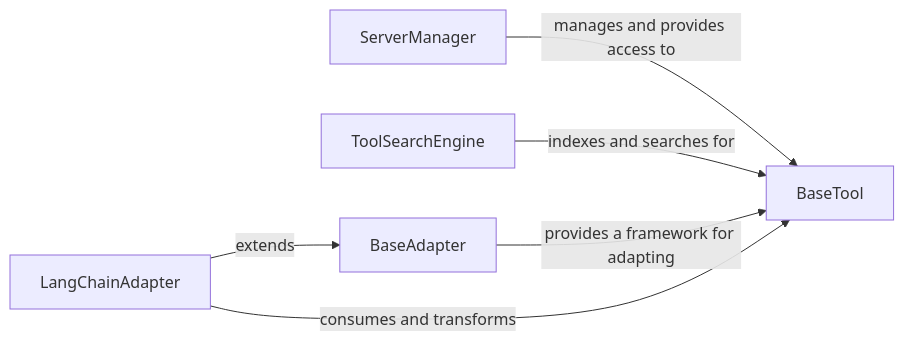
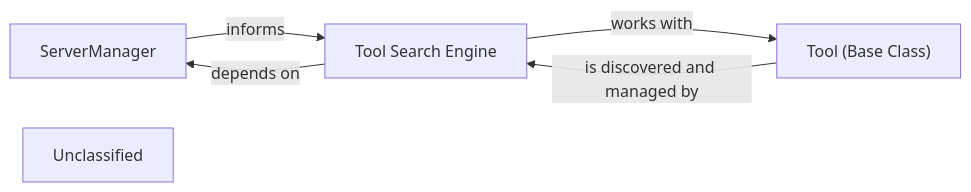
Before and after one commit to mcp-use/mcp-use: the seventh of 8 diagrams in docs/development/architecture.mdx, drawn with Mermaid. The commit also changed other lines of this file and 29 other files, not shown here.

First line of the commit message:
docs: update codeboarding documentation and generate architecture

````diff
--- a/docs/development/architecture.mdx
+++ b/docs/development/architecture.mdx
@@ -364,13 +444,11 @@
 ```mermaid
 graph LR
-    BaseTool["BaseTool"]
     ServerManager["ServerManager"]
-    ToolSearchEngine["ToolSearchEngine"]
-    BaseAdapter["BaseAdapter"]
-    LangChainAdapter["LangChainAdapter"]
-    ServerManager -- "manages and provides access to" --> BaseTool
-    ToolSearchEngine -- "indexes and searches for" --> BaseTool
-    BaseAdapter -- "provides a framework for adapting" --> BaseTool
-    LangChainAdapter -- "extends" --> BaseAdapter
-    LangChainAdapter -- "consumes and transforms" --> BaseTool
+    Tool_Search_Engine["Tool Search Engine"]
+    Tool_Base_Class_["Tool (Base Class)"]
+    Unclassified["Unclassified"]
+    ServerManager -- "informs" --> Tool_Search_Engine
+    Tool_Search_Engine -- "depends on" --> ServerManager
+    Tool_Search_Engine -- "works with" --> Tool_Base_Class_
+    Tool_Base_Class_ -- "is discovered and managed by" --> Tool_Search_Engine
 ```
````
